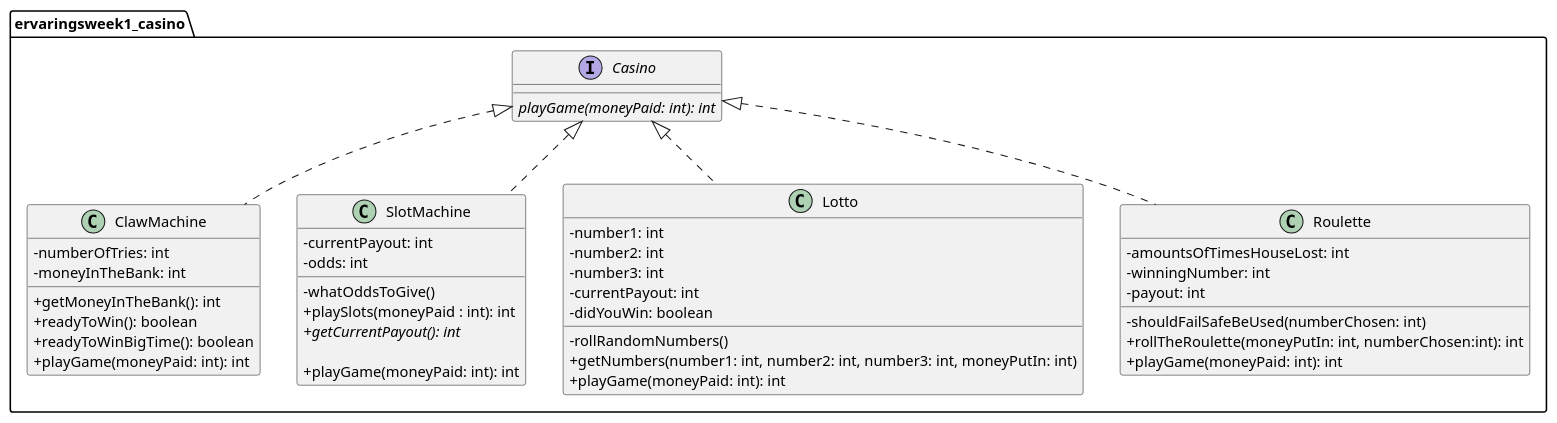
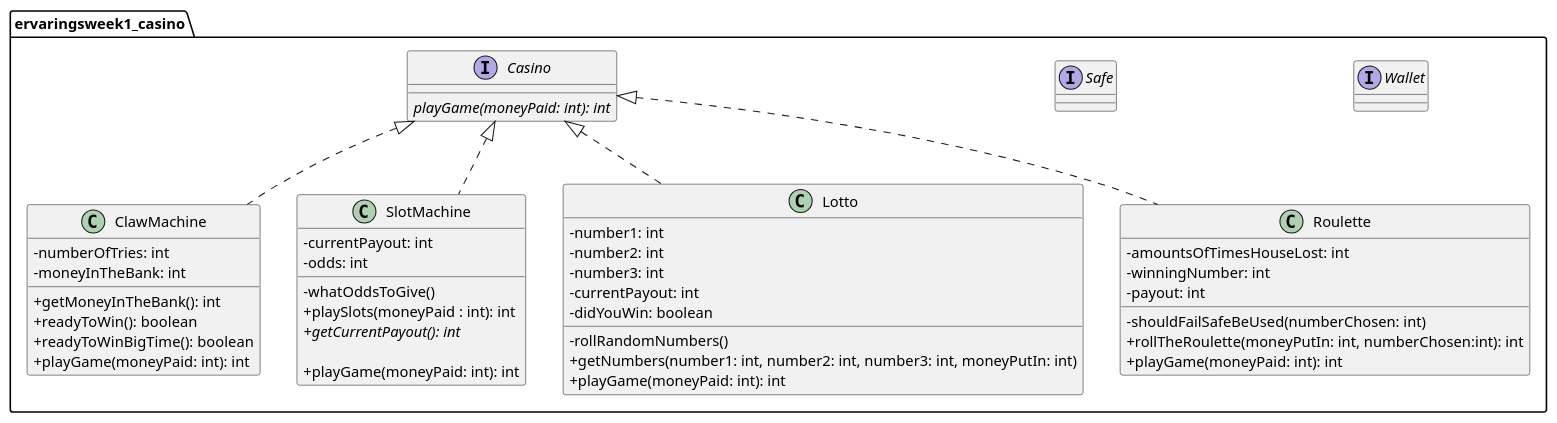
The diagram in Casino/src/be/intecbrussel/ervaringsweek1_casino/casiUML.puml (BramLab/Ervaringsweek1_Casino), drawn with PlantUML before and after one commit. The commit also changed 6 other files, not shown here.

```diff
--- a/Casino/src/be/intecbrussel/ervaringsweek1_casino/casiUML.puml
+++ b/Casino/src/be/intecbrussel/ervaringsweek1_casino/casiUML.puml
@@ -1,57 +1,58 @@
 @startuml
 package "ervaringsweek1_casino" {
 
 skinparam classAttributeIconSize 0
 
+    interface Wallet{}
+    interface Safe{}
 
     interface Casino{
         {abstract} playGame(moneyPaid: int): int
-
     }
 
     class ClawMachine implements Casino{
 
         - numberOfTries: int
         - moneyInTheBank: int
         + getMoneyInTheBank(): int
         + readyToWin(): boolean
         + readyToWinBigTime(): boolean
         + playGame(moneyPaid: int): int
 
     }
 
     class SlotMachine implements Casino{
         - currentPayout: int
         - odds: int
         - whatOddsToGive()
         +playSlots(moneyPaid : int): int
         {abstract}+ getCurrentPayout(): int
 
         + playGame(moneyPaid: int): int
     }
 
     class Lotto implements Casino{
         - number1: int
         - number2: int
         - number3: int
         - currentPayout: int
         - didYouWin: boolean
         - rollRandomNumbers()
         + getNumbers(number1: int, number2: int, number3: int, moneyPutIn: int)
         + playGame(moneyPaid: int): int
     }
 
 
     class Roulette implements Casino{
         - amountsOfTimesHouseLost: int
         - winningNumber: int
         - payout: int
         - shouldFailSafeBeUsed(numberChosen: int)
         + rollTheRoulette(moneyPutIn: int, numberChosen:int): int
         + playGame(moneyPaid: int): int
     }
 
 
 }
 
 @endumlml
```
